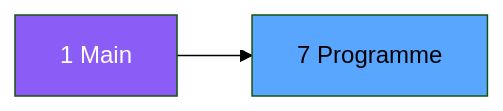
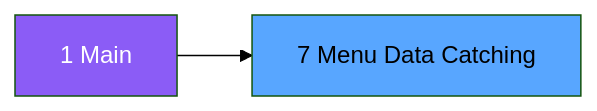
The second of 3 diagrams in .openspec/specs/ADH-IDE-7.md (thonyAGP/magic-migration), drawn with Mermaid (forest theme) before and after one commit. The commit also changed other lines of this file and 323 other files, not shown here.

````diff
--- a/.openspec/specs/ADH-IDE-7.md
+++ b/.openspec/specs/ADH-IDE-7.md
@@ -119,8 +130,8 @@
 ```mermaid
 graph LR
     M[1 Main]
-    T[7 Programme]
+    T[7 Menu Data Catching]
     M --> T
     style M fill:#8b5cf6,color:#fff
     style T fill:#58a6ff,color:#000
 ```
````
